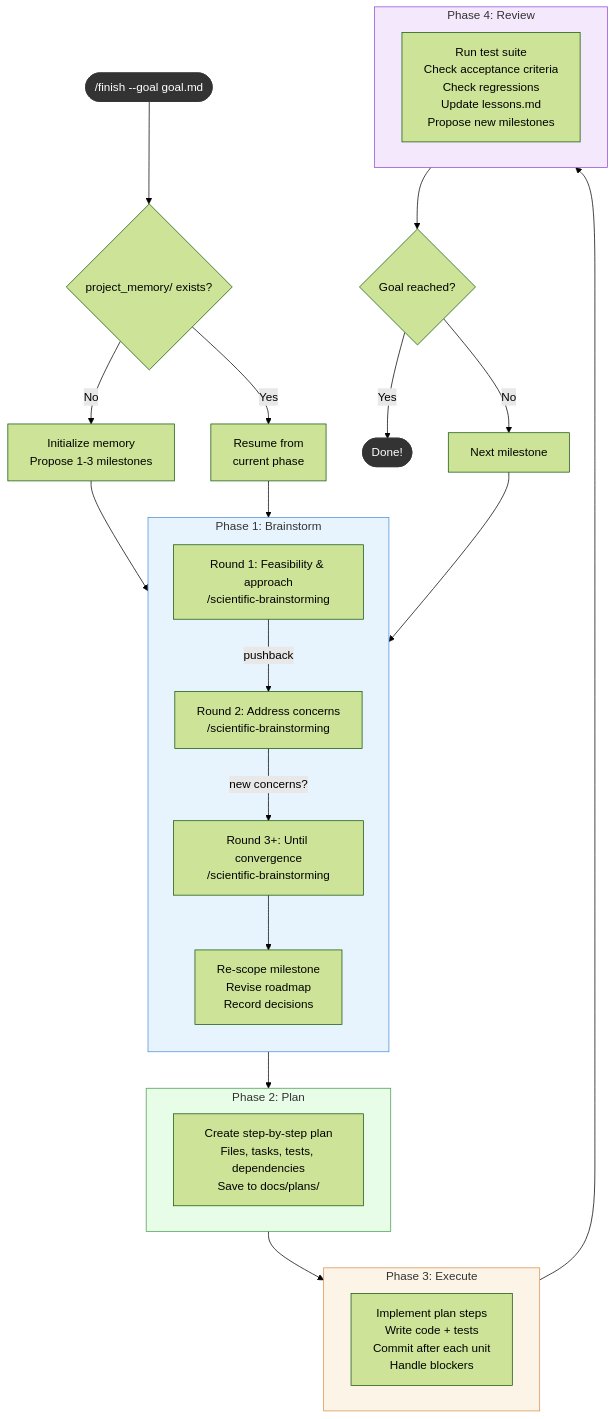
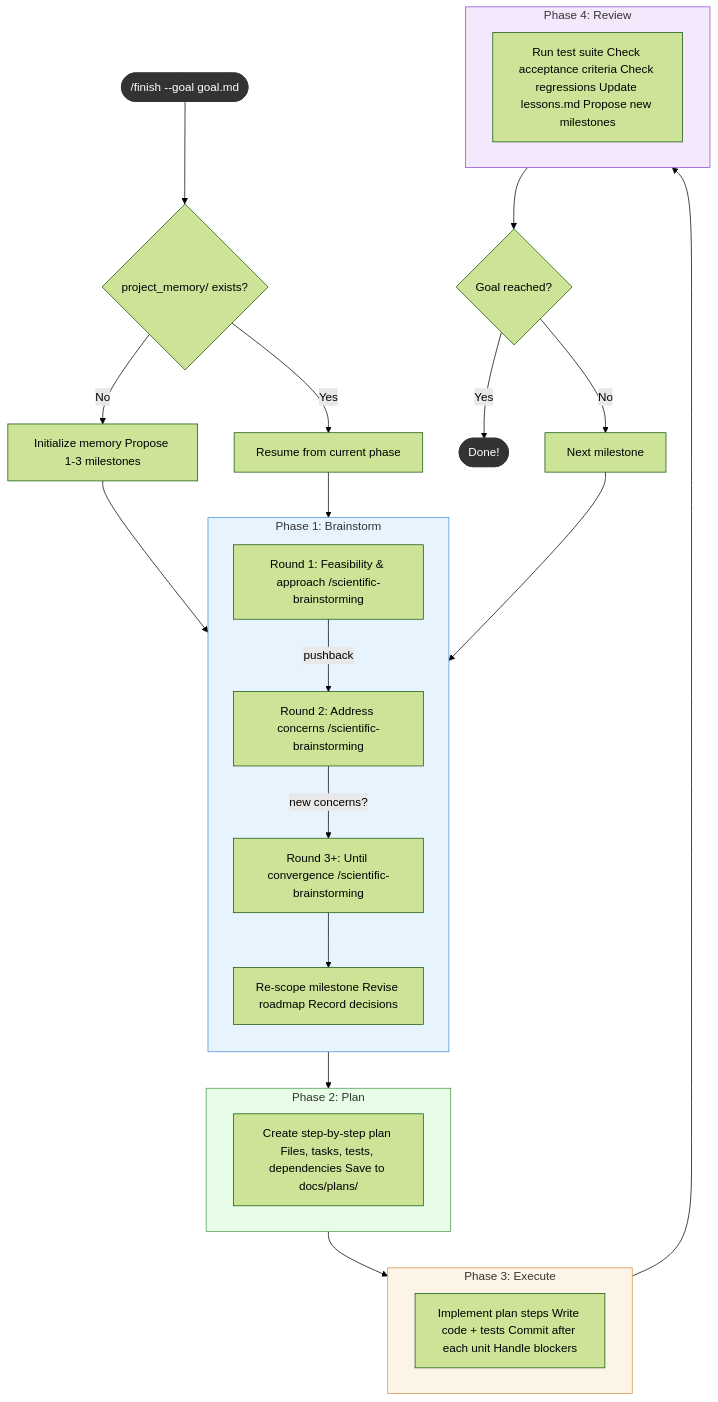
The diagram in README.md (yuanhao96/project-finisher), drawn with Mermaid (forest theme) before and after one commit.

Commit message:
docs: simplify Mermaid diagram labels by removing line breaks

````diff
--- a/README.md
+++ b/README.md
@@ -7,45 +7,45 @@
 ```mermaid
 flowchart TD
     START(["/finish --goal goal.md"]) --> CHECK{project_memory/ exists?}
-    CHECK -- No --> INIT["Initialize memory\nPropose 1-3 milestones"]
-    CHECK -- Yes --> RESUME["Resume from\ncurrent phase"]
+    CHECK -- No --> INIT["Initialize memory Propose 1-3 milestones"]
+    CHECK -- Yes --> RESUME["Resume from current phase"]
     INIT --> BRAINSTORM
     RESUME --> BRAINSTORM
 
     subgraph BRAINSTORM ["Phase 1: Brainstorm"]
         direction TB
-        B1["Round 1: Feasibility & approach\n/scientific-brainstorming"]
-        B1 -- "pushback" --> B2["Round 2: Address concerns\n/scientific-brainstorming"]
-        B2 -- "new concerns?" --> B3["Round 3+: Until convergence\n/scientific-brainstorming"]
-        B3 --> BOUT["Re-scope milestone\nRevise roadmap\nRecord decisions"]
+        B1["Round 1: Feasibility & approach /scientific-brainstorming"]
+        B1 -- "pushback" --> B2["Round 2: Address concerns /scientific-brainstorming"]
+        B2 -- "new concerns?" --> B3["Round 3+: Until convergence /scientific-brainstorming"]
+        B3 --> BOUT["Re-scope milestone Revise roadmap Record decisions"]
     end
 
     BRAINSTORM --> PLAN
 
     subgraph PLAN ["Phase 2: Plan"]
-        P1["Create step-by-step plan\nFiles, tasks, tests, dependencies\nSave to docs/plans/"]
+        P1["Create step-by-step plan Files, tasks, tests, dependencies Save to docs/plans/"]
     end
 
     PLAN --> EXECUTE
 
     subgraph EXECUTE ["Phase 3: Execute"]
-        E1["Implement plan steps\nWrite code + tests\nCommit after each unit\nHandle blockers"]
+        E1["Implement plan steps Write code + tests Commit after each unit Handle blockers"]
     end
 
     EXECUTE --> REVIEW
 
     subgraph REVIEW ["Phase 4: Review"]
-        R1["Run test suite\nCheck acceptance criteria\nCheck regressions\nUpdate lessons.md\nPropose new milestones"]
+        R1["Run test suite Check acceptance criteria Check regressions Update lessons.md Propose new milestones"]
     end
 
     REVIEW --> DONE{Goal reached?}
     DONE -- "Yes" --> STOP(["Done!"])
     DONE -- "No" --> NEXT["Next milestone"] --> BRAINSTORM
 
     style BRAINSTORM fill:#e8f4fd,stroke:#4a90d9
     style PLAN fill:#e8fde8,stroke:#4a9950
     style EXECUTE fill:#fdf4e8,stroke:#d9904a
     style REVIEW fill:#f4e8fd,stroke:#904ad9
     style START fill:#333,color:#fff,stroke:#333
     style STOP fill:#333,color:#fff,stroke:#333
 ```
````
